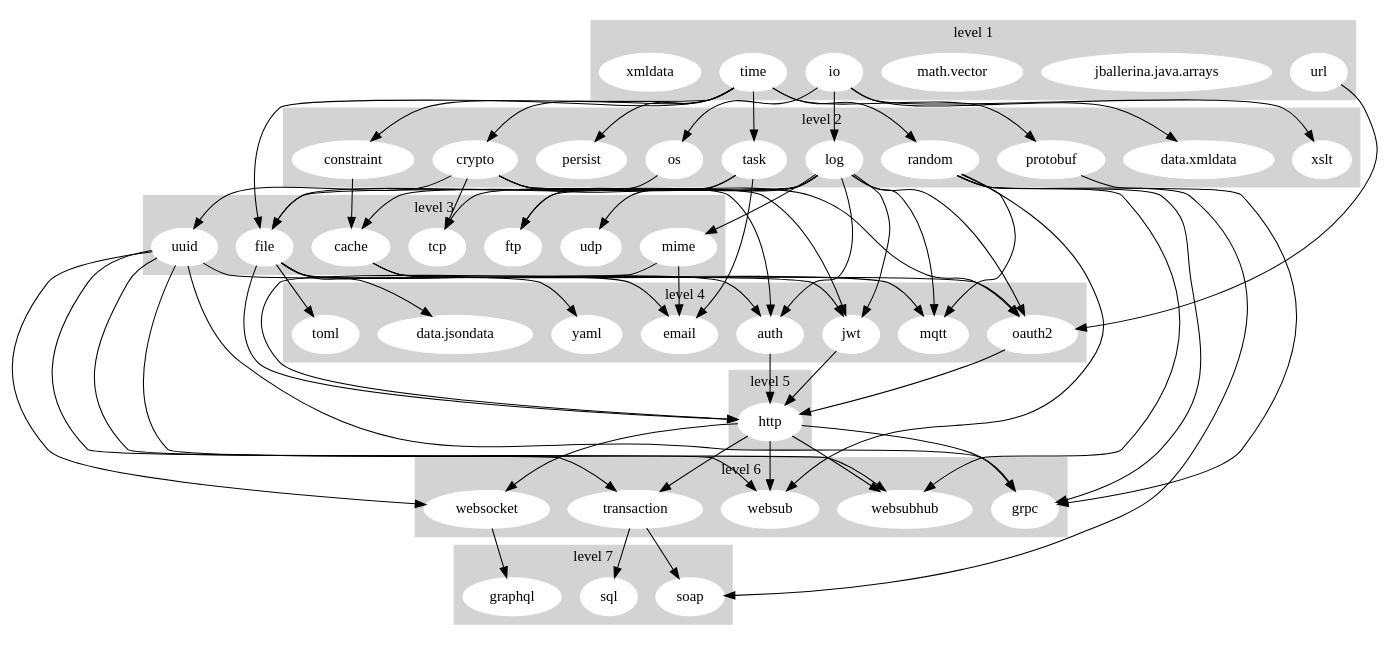
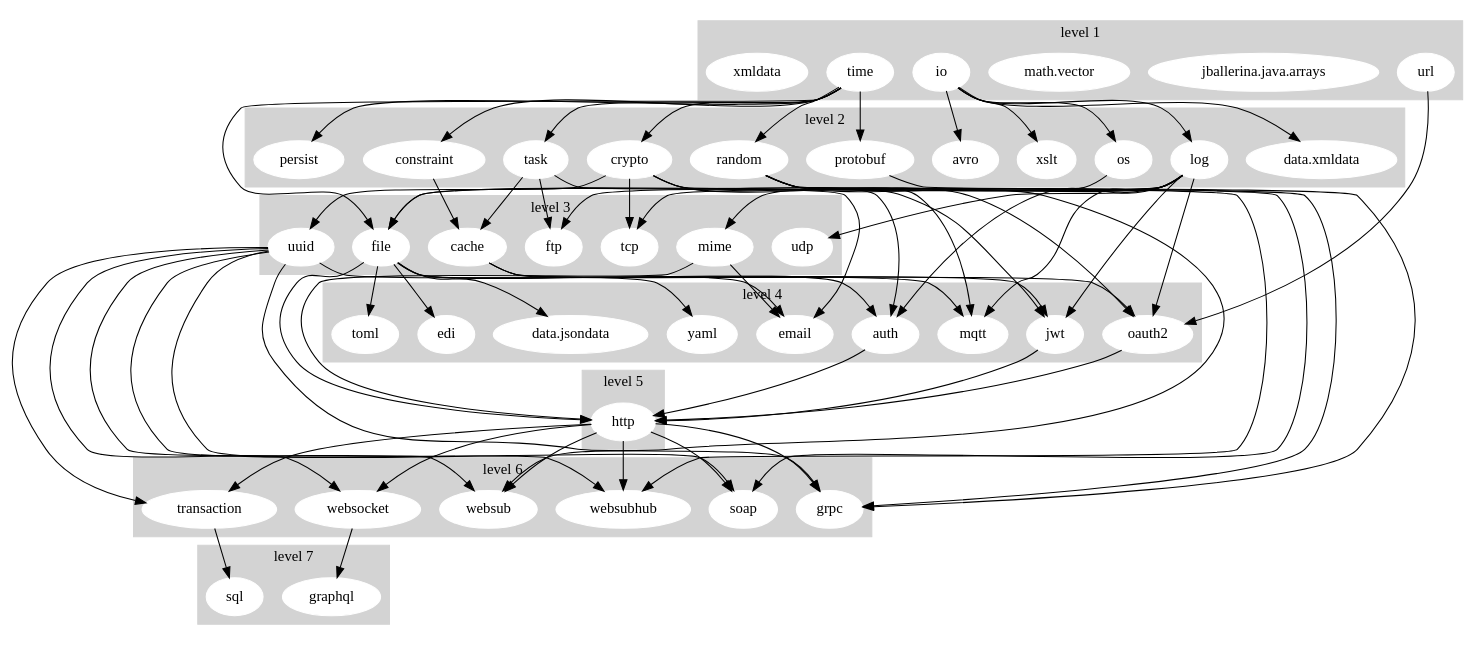
The diagram in dashboard/stdlib_graph.gv (ballerina-platform/ballerina-release), drawn with Graphviz before and after one commit.

Commit message:
[Automated] Update Stdlib Dependency Graph

```diff
--- a/dashboard/stdlib_graph.gv
+++ b/dashboard/stdlib_graph.gv
@@ -1,141 +1,146 @@
 digraph "Stdlib Dependency Graph" {
 	subgraph cluster_1 {
 		node [color=white style=filled]
 		color=lightgrey style=filled
 		io
 		"jballerina.java.arrays"
 		"math.vector"
 		time
 		url
 		xmldata
 		label="level 1"
 	}
 	subgraph cluster_2 {
 		node [color=white style=filled]
 		color=lightgrey style=filled
+		avro
 		constraint
 		crypto
 		"data.xmldata"
 		log
 		os
 		persist
 		protobuf
 		random
 		task
 		xslt
 		label="level 2"
 	}
 	subgraph cluster_3 {
 		node [color=white style=filled]
 		color=lightgrey style=filled
 		cache
 		file
 		ftp
 		mime
 		tcp
 		udp
 		uuid
 		label="level 3"
 	}
 	subgraph cluster_4 {
 		node [color=white style=filled]
 		color=lightgrey style=filled
 		auth
 		"data.jsondata"
+		edi
 		email
 		jwt
 		mqtt
 		oauth2
 		toml
 		yaml
 		label="level 4"
 	}
 	subgraph cluster_5 {
 		node [color=white style=filled]
 		color=lightgrey style=filled
 		http
 		label="level 5"
 	}
 	subgraph cluster_6 {
 		node [color=white style=filled]
 		color=lightgrey style=filled
 		grpc
+		soap
 		transaction
 		websocket
 		websub
 		websubhub
 		label="level 6"
 	}
 	subgraph cluster_7 {
 		node [color=white style=filled]
 		color=lightgrey style=filled
 		graphql
-		soap
 		sql
 		label="level 7"
 	}
+	io -> avro
 	io -> "data.xmldata"
 	io -> log
 	io -> os
 	io -> xslt
 	time -> constraint
 	time -> crypto
 	time -> file
 	time -> persist
 	time -> protobuf
 	time -> random
 	time -> task
 	url -> oauth2
 	constraint -> cache
 	crypto -> auth
 	crypto -> jwt
 	crypto -> oauth2
 	crypto -> tcp
 	crypto -> uuid
 	log -> auth
 	log -> file
 	log -> ftp
 	log -> jwt
 	log -> mime
 	log -> mqtt
 	log -> oauth2
 	log -> tcp
 	log -> udp
 	os -> file
 	protobuf -> grpc
 	random -> grpc
 	random -> mqtt
 	random -> soap
 	random -> websub
 	random -> websubhub
 	task -> cache
 	task -> email
 	task -> ftp
 	cache -> auth
 	cache -> jwt
 	cache -> oauth2
 	file -> "data.jsondata"
+	file -> edi
 	file -> email
 	file -> http
 	file -> toml
 	file -> yaml
 	mime -> email
 	mime -> http
 	uuid -> grpc
 	uuid -> mqtt
+	uuid -> soap
 	uuid -> transaction
 	uuid -> websocket
 	uuid -> websub
 	uuid -> websubhub
 	auth -> http
 	jwt -> http
 	oauth2 -> http
 	http -> grpc
+	http -> soap
 	http -> transaction
 	http -> websocket
 	http -> websub
 	http -> websubhub
-	transaction -> soap
 	transaction -> sql
 	websocket -> graphql
 }
```
